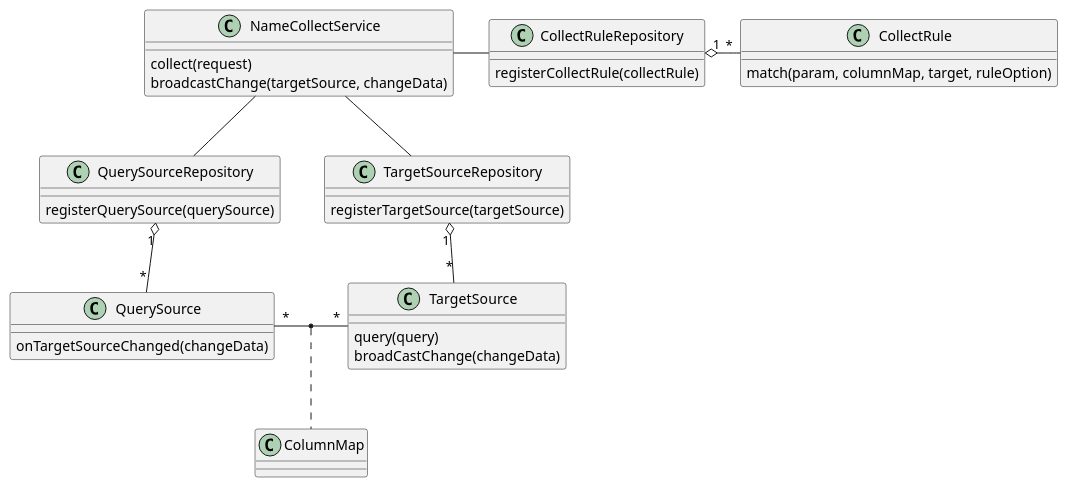
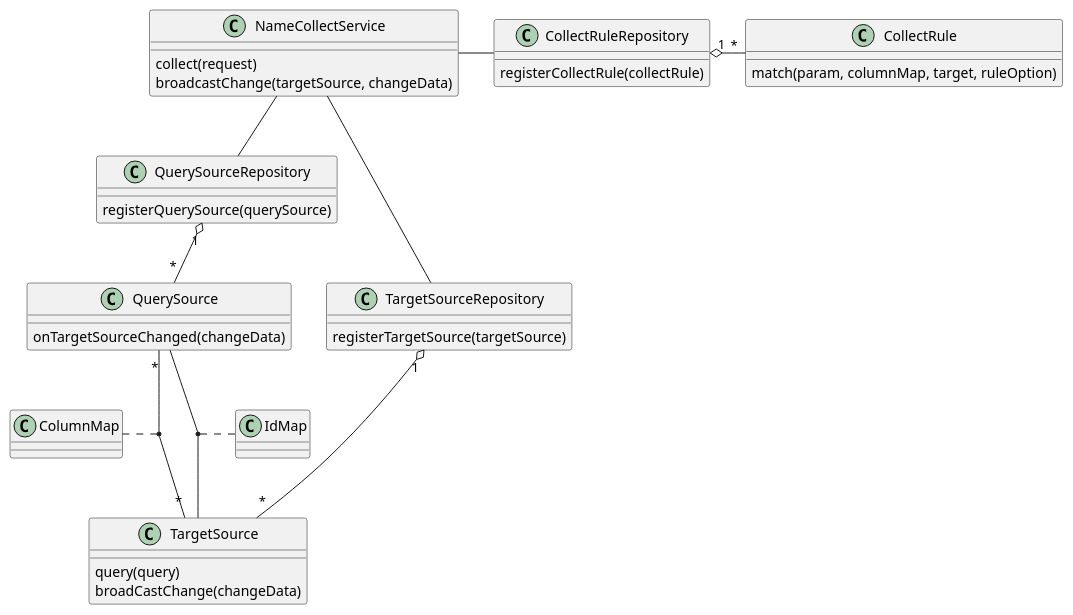
One commit to yama7214/namecollect changed the diagram in doc/README.md. Above: the diagram before and after it, drawn with PlantUML. The commit also changed 37 other files, not shown here.

````diff
--- a/doc/README.md
+++ b/doc/README.md
@@ -61,44 +61,47 @@
 ```plantuml
 class QuerySource{
   onTargetSourceChanged(changeData)
 }
 
 class TargetSource{
   query(query)
   broadCastChange(changeData)
 }
 
 class ColumnMap{}
+
+class IdMap{}
 
 class CollectRule{
   match(param, columnMap, target, ruleOption)
 }
 class CollectRuleRepository{
   registerCollectRule(collectRule)
 }
 
 class QuerySourceRepository{
   registerQuerySource(querySource)
 }
 
 class TargetSourceRepository{
   registerTargetSource(targetSource)
 }
 
 class NameCollectService{
   collect(request)
   broadcastChange(targetSource, changeData)
 }
 
 NameCollectService -- TargetSourceRepository
 NameCollectService -- QuerySourceRepository
 NameCollectService - CollectRuleRepository
 
 TargetSourceRepository "1" o-- "*" TargetSource
 CollectRuleRepository "1" o- "*" CollectRule
 QuerySourceRepository "1" o-- "*" QuerySource
 
 QuerySource "*" -  "*" TargetSource
 (QuerySource, TargetSource) .. ColumnMap
+(QuerySource, TargetSource) .. IdMap
 
 ```
````
